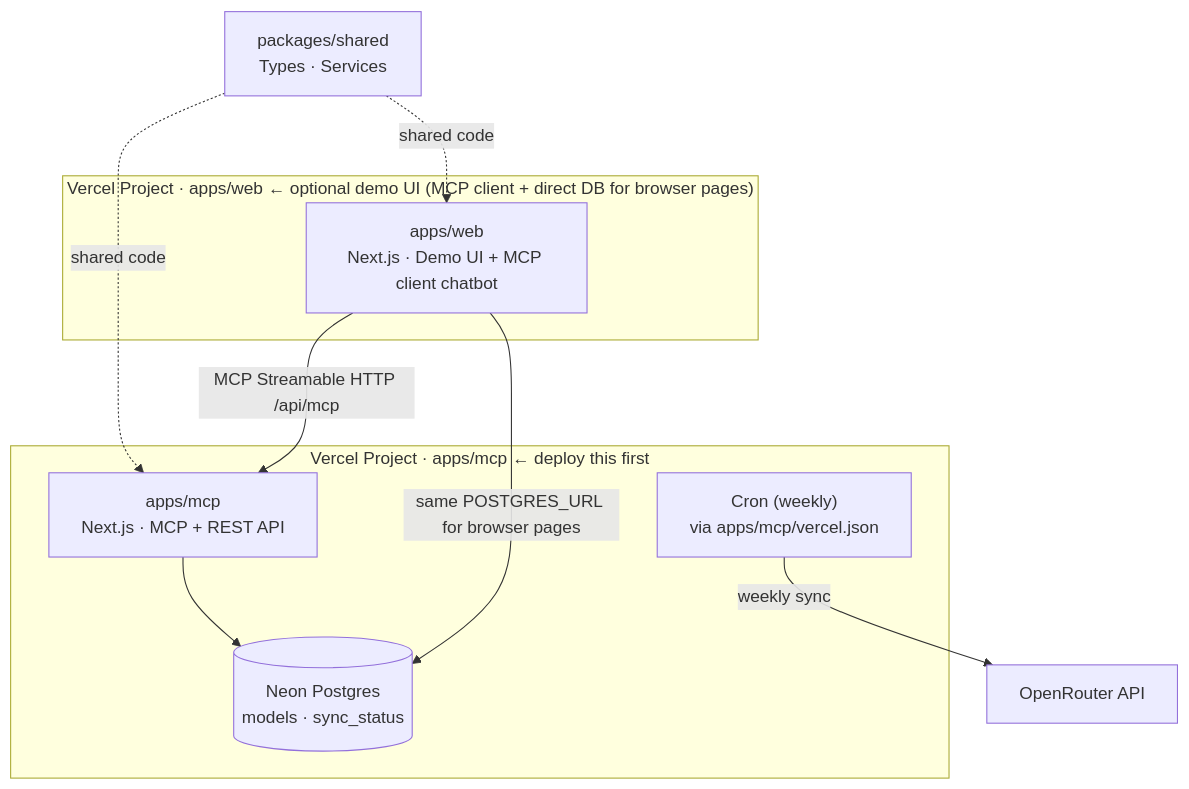
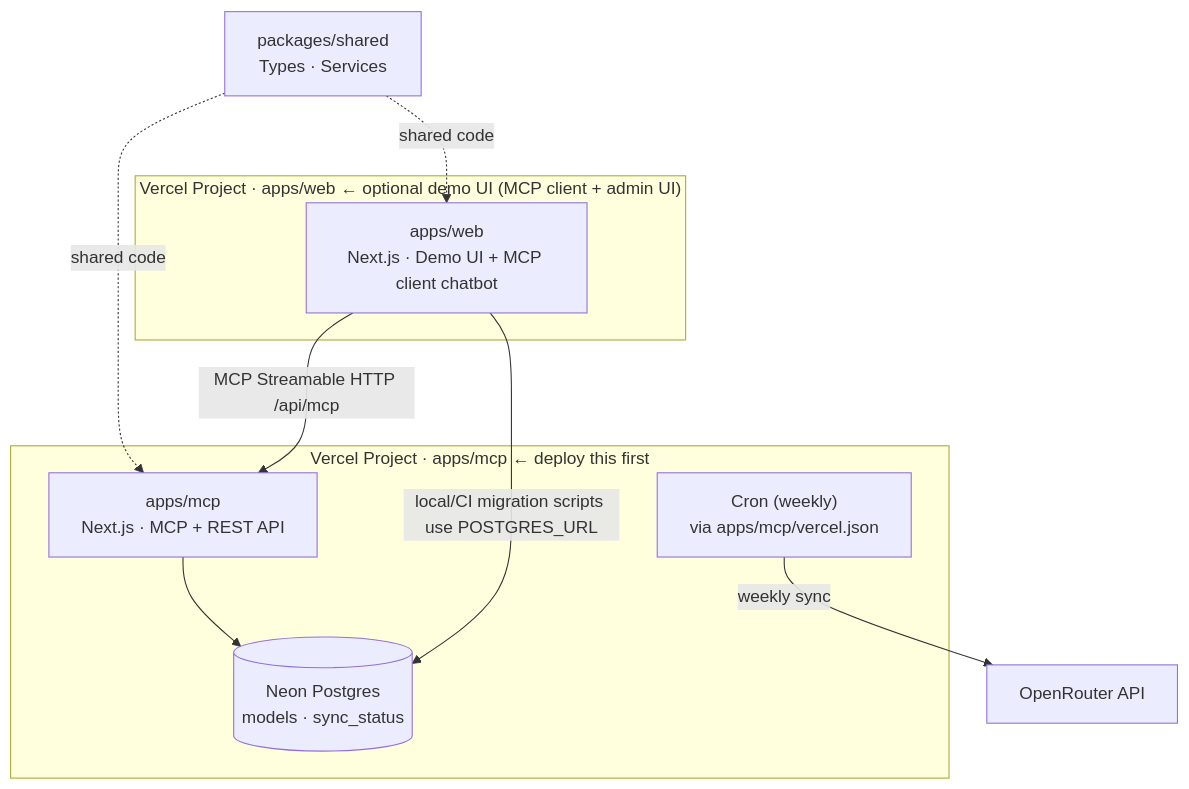
Before and after one commit to tj60647/openrouter-mcp-registry: the diagram in README.md, drawn with Mermaid. The commit also changed other lines of this file and 37 other files, not shown here.

Commit message:
Enforce web to MCP production boundary

````diff
--- a/README.md
+++ b/README.md
@@ -25,23 +27,23 @@
 ```mermaid
 graph TD
     shared["packages/shared\nTypes · Services"]
 
     subgraph mcp_deploy["Vercel Project · apps/mcp  ← deploy this first"]
         mcpApp["apps/mcp\nNext.js · MCP + REST API"]
         db[("Neon Postgres\nmodels · sync_status")]
         cron["Cron (weekly)\nvia apps/mcp/vercel.json"]
     end
 
-    subgraph web_deploy["Vercel Project · apps/web  ← optional demo UI (MCP client + direct DB for browser pages)"]
+    subgraph web_deploy["Vercel Project · apps/web  ← optional demo UI (MCP client + admin UI)"]
         webApp["apps/web\nNext.js · Demo UI + MCP client chatbot"]
     end
 
     openrouter["OpenRouter API"]
 
     shared -.->|shared code| mcpApp
     shared -.->|shared code| webApp
     mcpApp --> db
     webApp -->|MCP Streamable HTTP /api/mcp| mcpApp
-    webApp -->|same POSTGRES_URL for browser pages| db
+    webApp -->|local/CI migration scripts use POSTGRES_URL| db
     cron -->|weekly sync| openrouter
 ```
````
